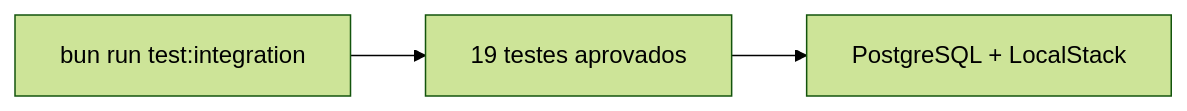
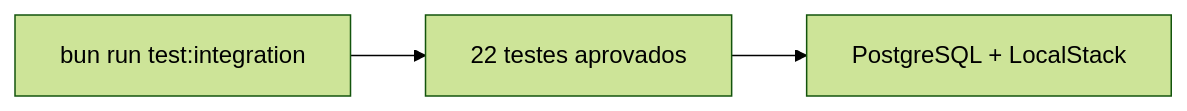
The seventh of 7 diagrams in evidencias/testes-integracao.md (renansko/jugle-gaming-test), drawn with Mermaid (forest theme) before and after one commit. The commit also changed other lines of this file and 6 other files, not shown here.

````diff
--- a/evidencias/testes-integracao.md
+++ b/evidencias/testes-integracao.md
@@ -83,5 +83,5 @@
 ```mermaid
 flowchart LR
-    Command["bun run test:integration"] --> Result["19 testes aprovados"]
+    Command["bun run test:integration"] --> Result["22 testes aprovados"]
     Result --> Stack["PostgreSQL + LocalStack"]
 ```
````
